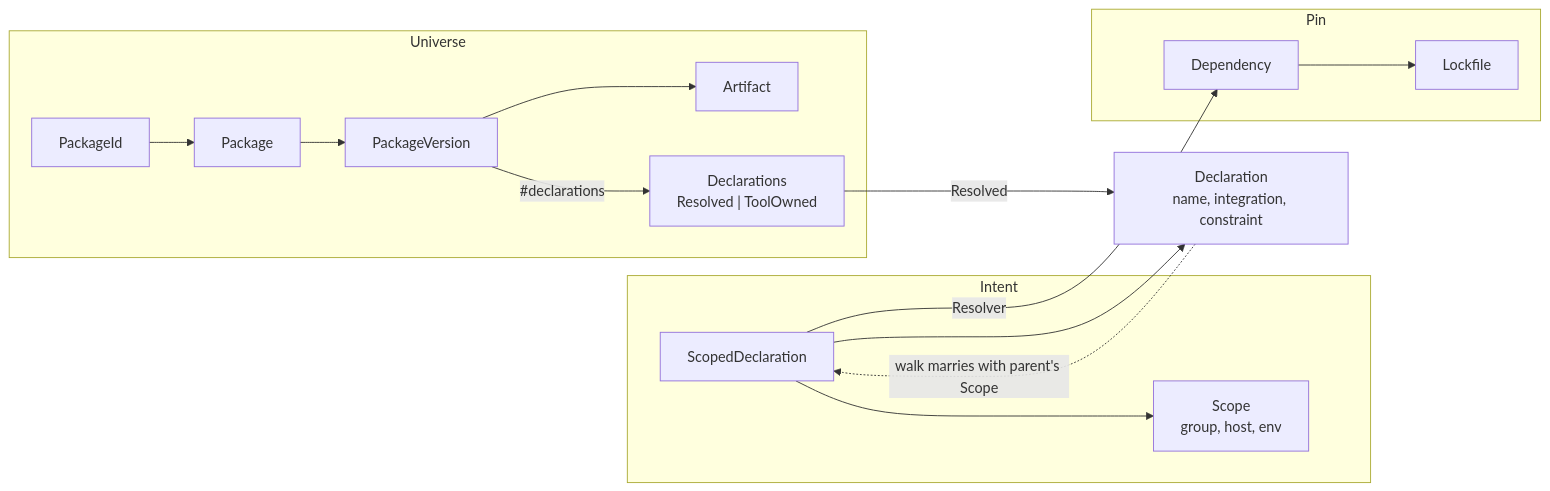
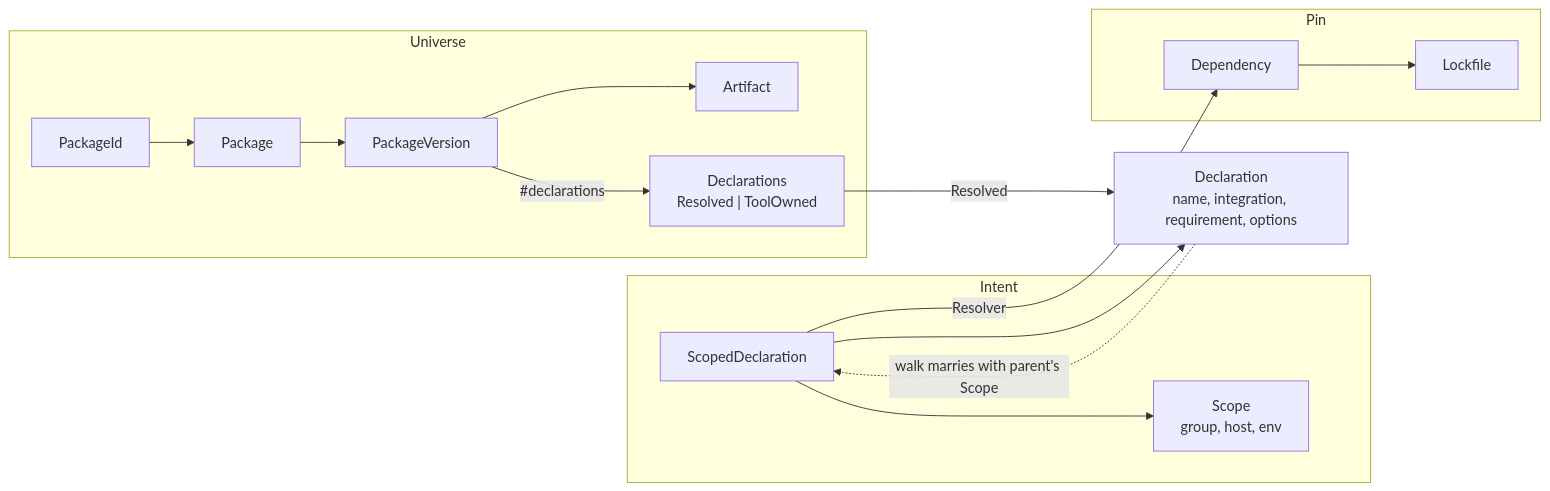
One commit to d3mlabs/dev changed the first of 3 diagrams in docs/deps-architecture.md. Above: the diagram before and after it, drawn with Mermaid. The commit also changed other lines of this file and 71 other files, not shown here.

Commit message:
ai-flow /build: One requirement language for every declaration: exact gets exact, a range gets its max, per channel translated or evaluated

````diff
--- a/docs/deps-architecture.md
+++ b/docs/deps-architecture.md
@@ -29,18 +30,18 @@
 ```mermaid
 flowchart LR
   subgraph intent [Intent]
     Scoped["ScopedDeclaration"] --> ScopeObj["Scope<br/>group, host, env"]
   end
   subgraph universe [Universe]
     PackageId --> Package --> PackageVersion
     PackageVersion --> Artifact
     PackageVersion -->|"#declarations"| DeclADT["Declarations<br/>Resolved | ToolOwned"]
   end
   subgraph outcome [Pin]
     Dep["Dependency"] --> Lockfile
   end
-  Scoped --> Atom["Declaration<br/>name, integration, constraint"]
+  Scoped --> Atom["Declaration<br/>name, integration, requirement, options"]
   DeclADT -->|Resolved| Atom
   Scoped -->|Resolver| Dep
   Atom -.->|"walk marries with parent's Scope"| Scoped
 ```
````
